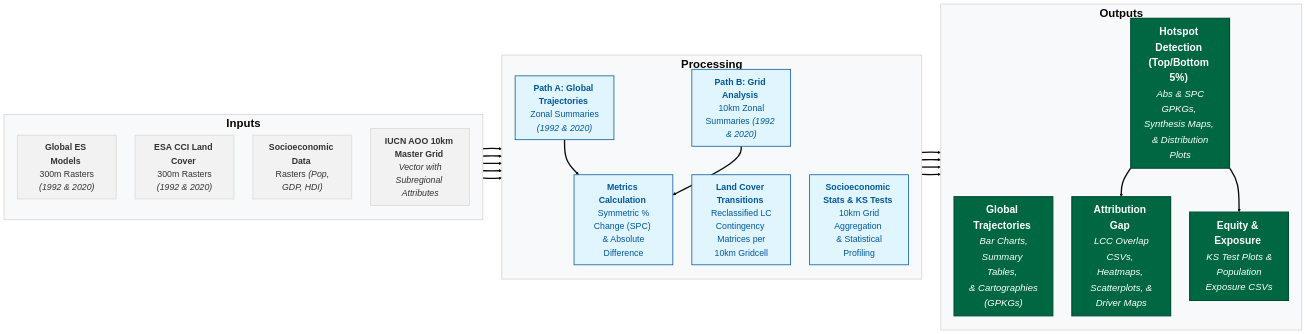
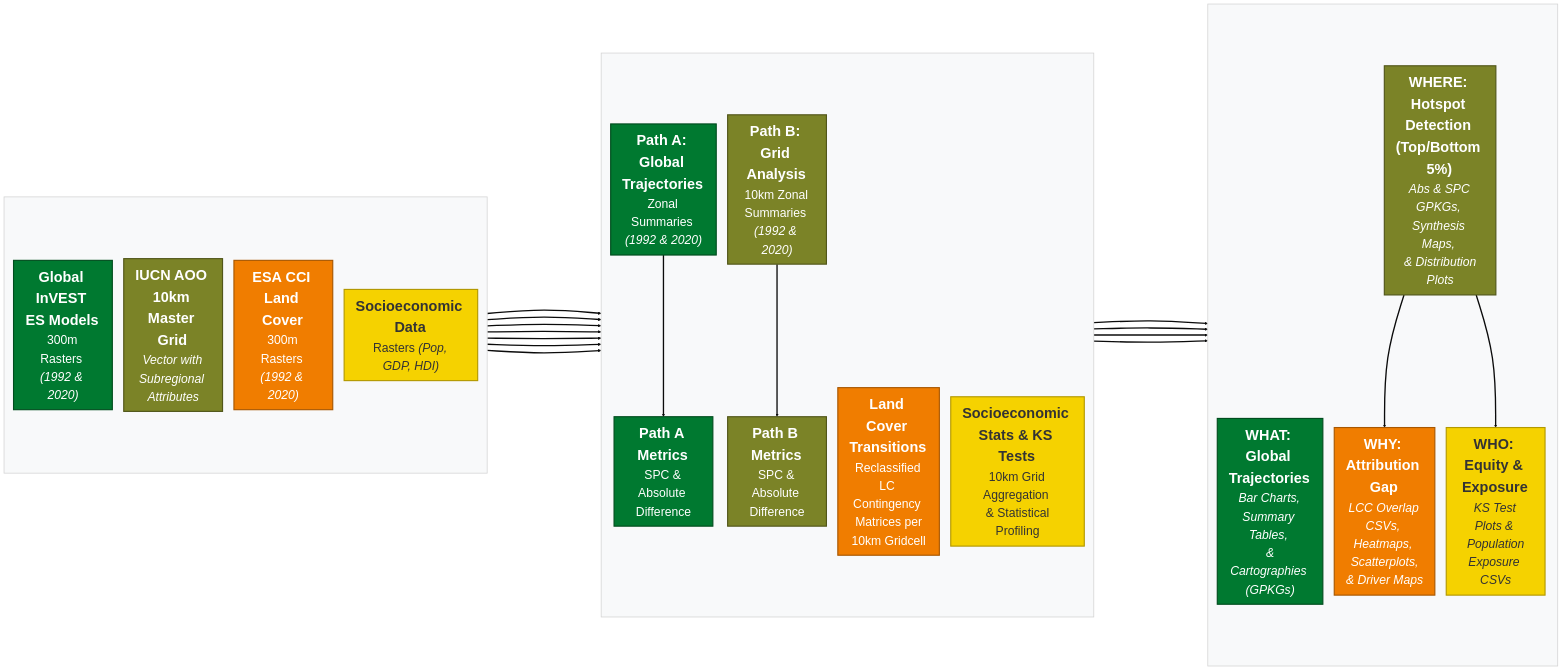
One commit to springinnovate/global_NCP changed the diagram in workflow.qmd. Above: the diagram before and after it, drawn with Mermaid (base theme). The commit also changed other lines of this file and 21 other files, not shown here.

Commit message:
Bump version to v1.3.2: Unify WWF canonical colors and polish workflow docs

````diff
--- a/workflow.qmd
+++ b/workflow.qmd
@@ -6,71 +7,78 @@
 ```{mermaid}
+%%{init: {'flowchart': {'rankSpacing': 300, 'nodeSpacing': 30}}}%%
 flowchart LR
     %% Subgraph Styling
     style INPUTS fill:#F8F9FA,stroke:#D3D3D3,stroke-width:2px
     style PROCESSING fill:#F8F9FA,stroke:#D3D3D3,stroke-width:2px
     style OUTPUTS fill:#F8F9FA,stroke:#D3D3D3,stroke-width:2px
 
     %% Input Layer
-    subgraph INPUTS ["<span style='font-size: 30px; font-weight: bold; color: #222222;'>Inputs</span><br/>"]
+    subgraph INPUTS [" "]
         direction TB
-        RawES["<b>Global ES Models</b> <br/> 300m Rasters <i>(1992 & 2020)</i>"]
-        RawLC["<b>ESA CCI Land Cover</b> <br/> 300m Rasters <i>(1992 & 2020)</i>"]
-        RawSoc["<b>Socioeconomic Data</b> <br/> Rasters <i>(Pop, GDP, HDI)</i>"]
-        RawGrid["<b>IUCN AOO 10km Master Grid</b> <br/> <i>Vector with Subregional Attributes</i>"]
+        RawES["<span style='font-size: 38px;'><b>Global InVEST ES Models</b></span> <br/> <span style='font-size: 32px;'>300m Rasters <i>(1992 & 2020)</i></span>"]
+        RawGrid["<span style='font-size: 38px;'><b>IUCN AOO 10km Master Grid</b></span> <br/> <span style='font-size: 32px;'><i>Vector with Subregional Attributes</i></span>"]
+        RawLC["<span style='font-size: 38px;'><b>ESA CCI Land Cover</b></span> <br/> <span style='font-size: 32px;'>300m Rasters <i>(1992 & 2020)</i></span>"]
+        RawSoc["<span style='font-size: 38px;'><b>Socioeconomic Data</b></span> <br/> <span style='font-size: 32px;'>Rasters <i>(Pop, GDP, HDI)</i></span>"]
     end
 
     %% Processing Layer
-    subgraph PROCESSING ["<span style='font-size: 30px; font-weight: bold; color: #222222;'>Processing</span><br/>"]
+    subgraph PROCESSING [" "]
         direction TB
-        IntA["<b>Path A: Global Trajectories</b> <br/> Zonal Summaries <i>(1992 & 2020)</i>"]
-        IntB["<b>Path B: Grid Analysis</b> <br/> 10km Zonal Summaries <i>(1992 & 2020)</i>"]
-        Math["<b>Metrics Calculation</b> <br/> Symmetric % Change (SPC) <br/> & Absolute Difference"]
+        IntA["<span style='font-size: 38px;'><b>Path A: Global Trajectories</b></span> <br/> <span style='font-size: 32px;'>Zonal Summaries <i>(1992 & 2020)</i></span>"]
+        MathA["<span style='font-size: 38px;'><b>Path A Metrics</b></span> <br/> <span style='font-size: 32px;'>SPC & Absolute Difference</span>"]
 
-        MathLC["<b>Land Cover Transitions</b> <br/> Reclassified LC Contingency <br/> Matrices per 10km Gridcell"]
-        MathSoc["<b>Socioeconomic Stats & KS Tests</b> <br/> 10km Grid Aggregation <br/> & Statistical Profiling"]
+        IntB["<span style='font-size: 38px;'><b>Path B: Grid Analysis</b></span> <br/> <span style='font-size: 32px;'>10km Zonal Summaries <i>(1992 & 2020)</i></span>"]
+        MathB["<span style='font-size: 38px;'><b>Path B Metrics</b></span> <br/> <span style='font-size: 32px;'>SPC & Absolute Difference</span>"]
+
+        MathLC["<span style='font-size: 38px;'><b>Land Cover Transitions</b></span> <br/> <span style='font-size: 32px;'>Reclassified LC Contingency <br/> Matrices per 10km Gridcell</span>"]
+        MathSoc["<span style='font-size: 38px;'><b>Socioeconomic Stats & KS Tests</b></span> <br/> <span style='font-size: 32px;'>10km Grid Aggregation <br/> & Statistical Profiling</span>"]
     end
 
     %% Outputs Layer
-    subgraph OUTPUTS ["<span style='font-size: 30px; font-weight: bold; color: #222222;'>Outputs</span><br/>"]
+    subgraph OUTPUTS [" "]
         direction TB
-        P1["<b>Global Trajectories</b> <br/> <i style='font-size: 25px; font-weight: normal;'>Bar Charts, Summary Tables, <br/> & Cartographies (GPKGs)</i>"]
-        P2["<b>Hotspot Detection (Top/Bottom 5%)</b> <br/> <i style='font-size: 25px; font-weight: normal;'>Abs & SPC GPKGs, Synthesis Maps, <br/> & Distribution Plots</i>"]
-        P3["<b>Attribution Gap</b> <br/> <i style='font-size: 25px; font-weight: normal;'>LCC Overlap CSVs, Heatmaps, <br/> Scatterplots, & Driver Maps</i>"]
-        P4["<b>Equity & Exposure</b> <br/> <i style='font-size: 25px; font-weight: normal;'>KS Test Plots & <br/> Population Exposure CSVs</i>"]
+        P1["<span style='font-size: 38px;'><b>WHAT: Global Trajectories</b></span> <br/> <i style='font-size: 32px; font-weight: normal;'>Bar Charts, Summary Tables, <br/> & Cartographies (GPKGs)</i>"]
+        P2["<span style='font-size: 38px;'><b>WHERE: Hotspot Detection (Top/Bottom 5%)</b></span> <br/> <i style='font-size: 32px; font-weight: normal;'>Abs & SPC GPKGs, Synthesis Maps, <br/> & Distribution Plots</i>"]
+        P3["<span style='font-size: 38px;'><b>WHY: Attribution Gap</b></span> <br/> <i style='font-size: 32px; font-weight: normal;'>LCC Overlap CSVs, Heatmaps, <br/> Scatterplots, & Driver Maps</i>"]
+        P4["<span style='font-size: 38px;'><b>WHO: Equity & Exposure</b></span> <br/> <i style='font-size: 32px; font-weight: normal;'>KS Test Plots & <br/> Population Exposure CSVs</i>"]
     end
 
     %% Logical Connections
     RawGrid ==> IntB
+    RawGrid ==> MathLC
+    RawGrid ==> MathSoc
 
     RawES ==> IntA
     RawES ==> IntB
 
-    IntA ==> Math
-    IntB ==> Math
+    IntA ==> MathA
+    IntB ==> MathB
 
-    Math ==> P1
-    Math ==> P2
+    MathA ==> P1
+    MathB ==> P2
 
     %% Downstream Analysis from Hotspots (P2)
     P2 ==> P3
     RawLC ==> MathLC
     MathLC ==> P3
 
     P2 ==> P4
     RawSoc ==> MathSoc
     MathSoc ==> P4
 
-    %% Layout Guides (Forces boxes to match heights and center-align)
-    RawGrid ~~~ MathSoc
+    %% Layout Guides
+    RawSoc ~~~ MathSoc
     IntA ~~~ P1
 
-    %% Visual Styling - WWF Palette
-    classDef inputs fill:#F2F2F2,stroke:#D9D9D9,stroke-width:2px,color:#333,font-size:23px;
-    classDef processing fill:#E1F5FE,stroke:#01579B,stroke-width:2px,color:#01579B,font-size:23px;
-    classDef pillar fill:#006743,stroke:#004D33,stroke-width:3px,color:#FFF,font-weight:bold,font-size:27px;
+    %% CANONICAL COLOR CLASSES (Matching Circular Diagram)
+    classDef c_what fill:#007930,stroke:#004D1E,stroke-width:3px,color:#FFF;
+    classDef c_where fill:#7B8327,stroke:#515619,stroke-width:3px,color:#FFF;
+    classDef c_why fill:#F07D00,stroke:#A85700,stroke-width:3px,color:#FFF;
+    classDef c_who fill:#F5D200,stroke:#B39900,stroke-width:3px,color:#333;
 
-    %% Explicit Class Assignments
-    class RawES,RawLC,RawSoc,RawGrid inputs;
-    class IntA,IntB,Math,MathLC,MathSoc processing;
-    class P1,P2,P3,P4 pillar;
-```
+    %% Pillar Assignments
+    class RawES,IntA,MathA,P1 c_what;
+    class RawGrid,IntB,MathB,P2 c_where;
+    class RawLC,MathLC,P3 c_why;
+    class RawSoc,MathSoc,P4 c_who;
+ ```
````
